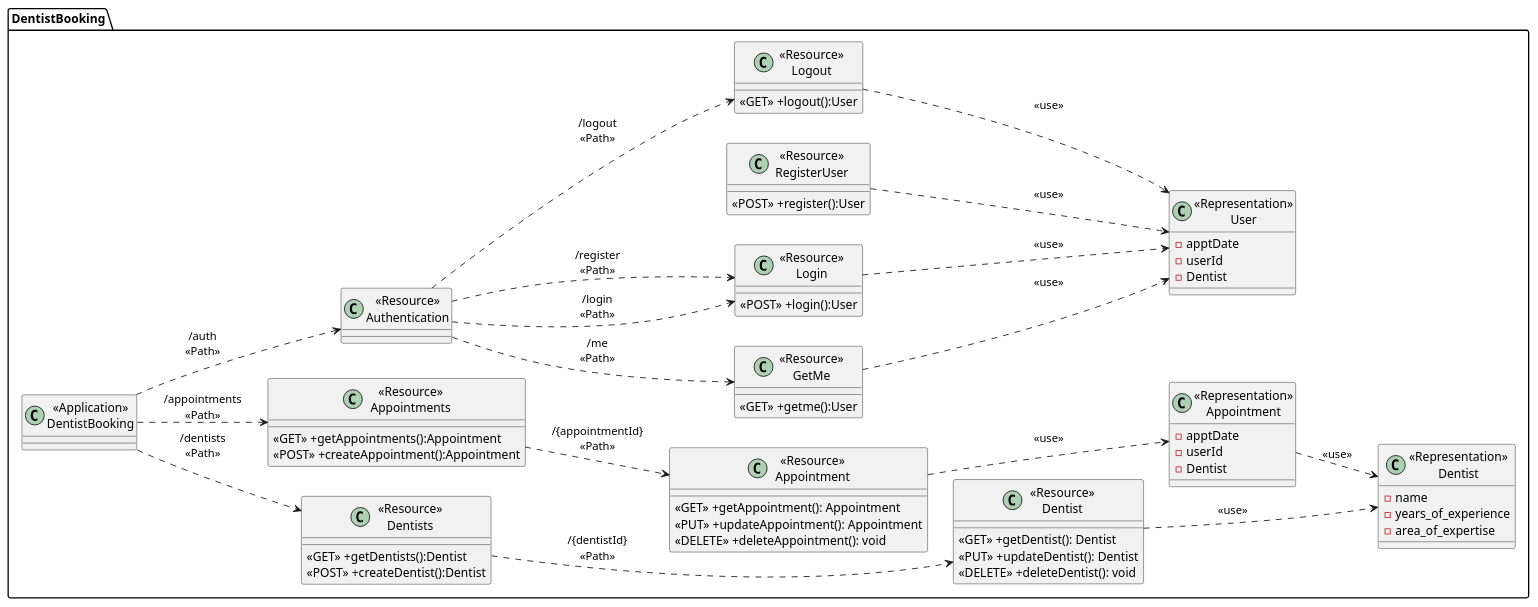
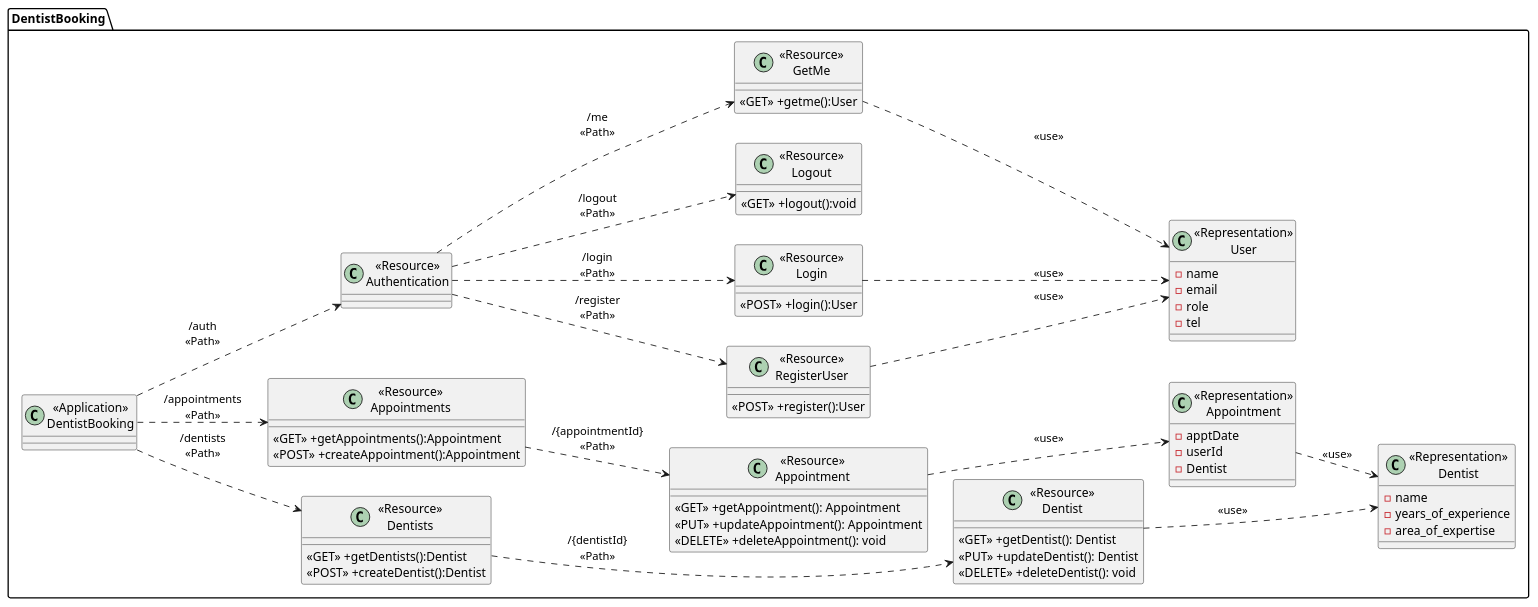
The diagram in DentistBookingclass.puml (2110503TACEDT66/presentation-day-1-privacy), drawn with PlantUML before and after one commit.

Commit message:
edit class uml

```diff
--- a/DentistBookingclass.puml
+++ b/DentistBookingclass.puml
@@ -1,90 +1,90 @@
 @startuml DentistBooking Class UML
 left to right direction
 package "DentistBooking"{
     class "<<Application>>\nDentistBooking" as DentistBookingService{}
 
     ' Dentis class
     class "<<Resource>>\nDentists" as ResourceDentists{
         <<GET>> +getDentists():Dentist
         <<POST>> +createDentist():Dentist
     }
 
     class "<<Resource>>\nDentist" as ResourceDentist {
         <<GET>> +getDentist(): Dentist
         <<PUT>> +updateDentist(): Dentist
         <<DELETE>> +deleteDentist(): void
     }
 
     class "<<Representation>>\nDentist" as RepresentationDentist {
         -name
         -years_of_experience
         -area_of_expertise
     }
 
     ' Appointment class
     class "<<Resource>>\nAppointments" as ResourceAppointments{
         <<GET>> +getAppointments():Appointment
         <<POST>> +createAppointment():Appointment
     }
 
     class "<<Resource>>\nAppointment" as ResourceAppointment {
         <<GET>> +getAppointment(): Appointment
         <<PUT>> +updateAppointment(): Appointment
         <<DELETE>> +deleteAppointment(): void
     }
 
     class "<<Representation>>\nAppointment" as RepresentationAppointment {
         -apptDate
         -userId
         -Dentist
     }
 
     ' Authentication class
     class "<<Resource>>\nAuthentication" as ResourceAuthentication{
     }
     class "<<Resource>>\nRegisterUser" as ResourceRegister{
         <<POST>> +register():User
     }
 
     class "<<Resource>>\nLogin" as ResourceLogin{
         <<POST>> +login():User
     }
 
     class "<<Resource>>\nLogout" as ResourceLogout{
-        <<GET>> +logout():User
+        <<GET>> +logout():void
     }
 
     class "<<Resource>>\nGetMe" as ResourceMe{
         <<GET>> +getme():User
     }
 
     class "<<Representation>>\nUser" as RepresentationUser {
-        -apptDate
-        -userId
-        -Dentist
+        -name
+        -email
+        -role
+        -tel
     }
 }
 
 ' Dentist path
 DentistBookingService ..> ResourceDentists:"/dentists\n<<Path>>"
 ResourceDentists ..> ResourceDentist: "/{dentistId}\n<<Path>>"
 ResourceDentist ..> RepresentationDentist: "<<use>>"
 
 ' Appointment path
 DentistBookingService ..> ResourceAppointments:"/appointments\n<<Path>>"
 ResourceAppointments ..> ResourceAppointment: "/{appointmentId}\n<<Path>>"
 ResourceAppointment ..> RepresentationAppointment: "<<use>>"
 RepresentationAppointment ..> RepresentationDentist: "<<use>>"
 
 ' Authentication path
 DentistBookingService ..> ResourceAuthentication:"/auth\n<<Path>>"
-ResourceAuthentication ..> ResourceLogin:"/register\n<<Path>>"
+ResourceAuthentication ..> ResourceRegister:"/register\n<<Path>>"
 ResourceAuthentication ..> ResourceLogin:"/login\n<<Path>>"
 ResourceAuthentication ..> ResourceMe:"/me\n<<Path>>"
 ResourceAuthentication ..> ResourceLogout:"/logout\n<<Path>>"
 ResourceLogin ..> RepresentationUser: "<<use>>"
 ResourceRegister ..> RepresentationUser: "<<use>>"
-ResourceLogout ..> RepresentationUser: "<<use>>"
 ResourceMe ..> RepresentationUser: "<<use>>"
 
 @enduml
```
